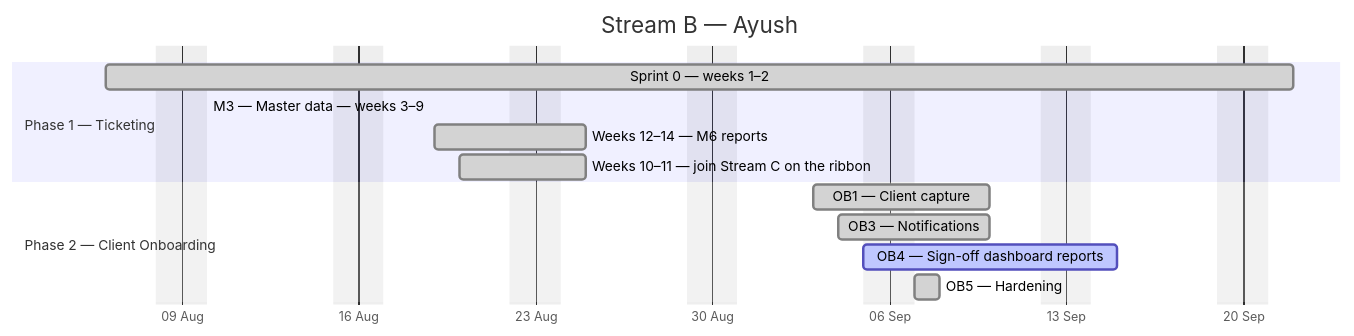
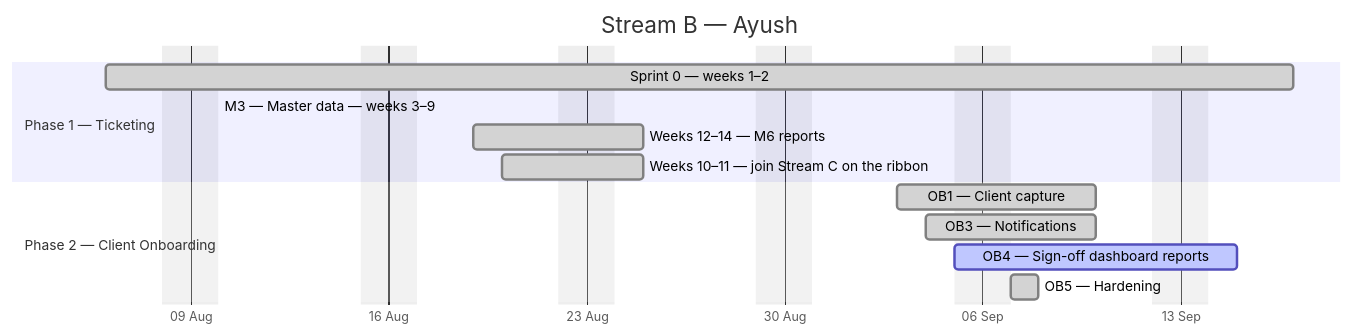
The second of 4 diagrams in docs/plan/GANTT.md (debashisedunext/EduTrack), drawn with Mermaid before and after one commit. The commit also changed other lines of this file and 3 other files, not shown here.

````diff
--- a/docs/plan/GANTT.md
+++ b/docs/plan/GANTT.md
@@ -138,17 +140,17 @@
 ```mermaid
 gantt
     dateFormat YYYY-MM-DD
     axisFormat %d %b
     title Stream B — Ayush
     excludes weekends
     section Phase 1 — Ticketing
-    Sprint 0 — weeks 1–2 :done, b0, 2026-08-06, 33d
-    M3 — Master data — weeks 3–9 :done, b1, 2026-08-10, -20d
+    Sprint 0 — weeks 1–2 :done, b0, 2026-08-06, 30d
+    M3 — Master data — weeks 3–9 :done, b1, 2026-08-10, -17d
     Weeks 12–14 — M6 reports :done, b2, 2026-08-19, 4d
     Weeks 10–11 — join Stream C on the ribbon :done, b3, 2026-08-20, 3d
     section Phase 2 — Client Onboarding
     OB1 — Client capture :done, b4, 2026-09-03, 5d
     OB3 — Notifications :done, b5, 2026-09-04, 4d
     OB4 — Sign-off  dashboard  reports :active, b6, 2026-09-05, 7d
     OB5 — Hardening :done, b7, 2026-09-07, 1d
 ```
````
